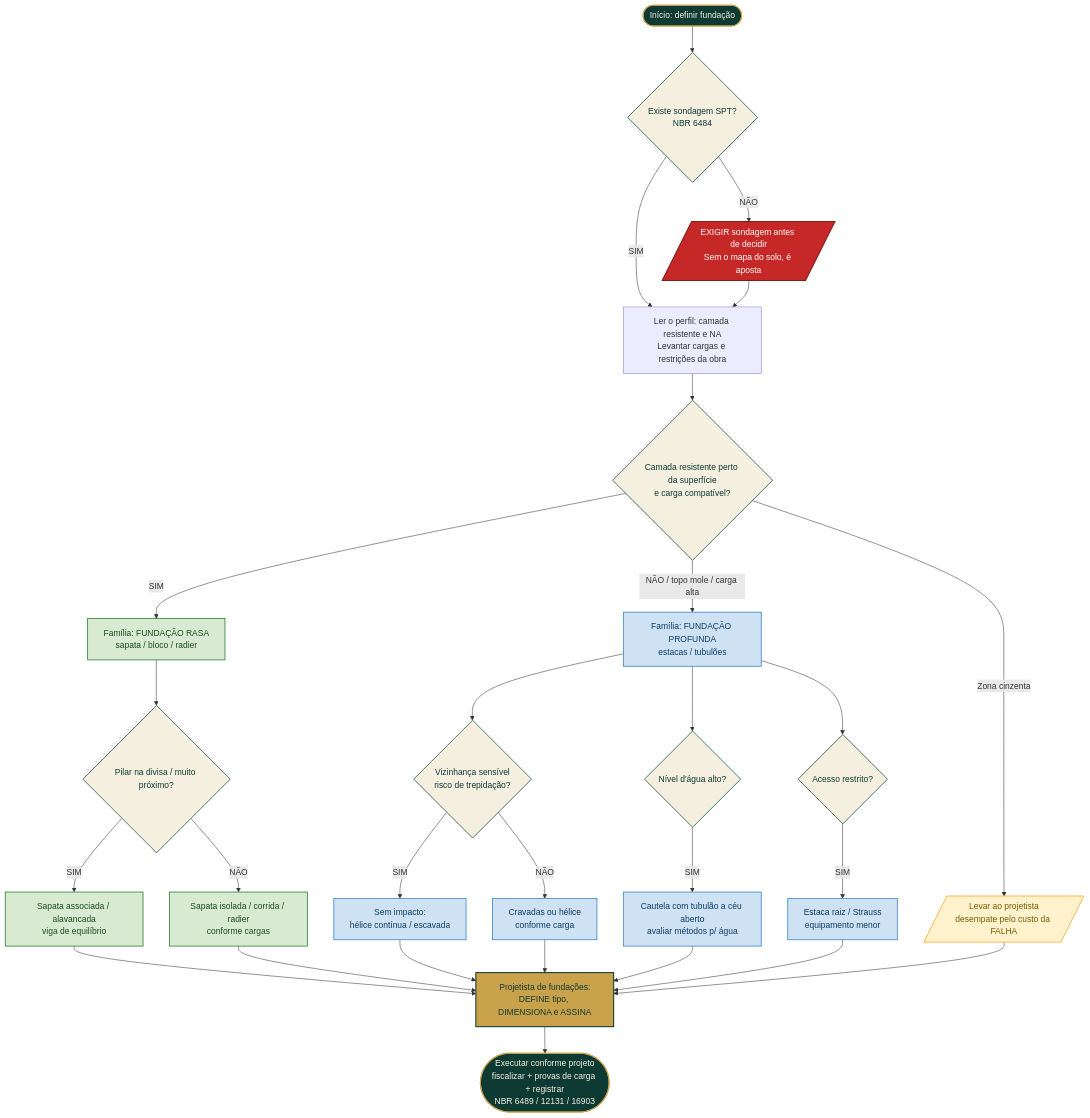
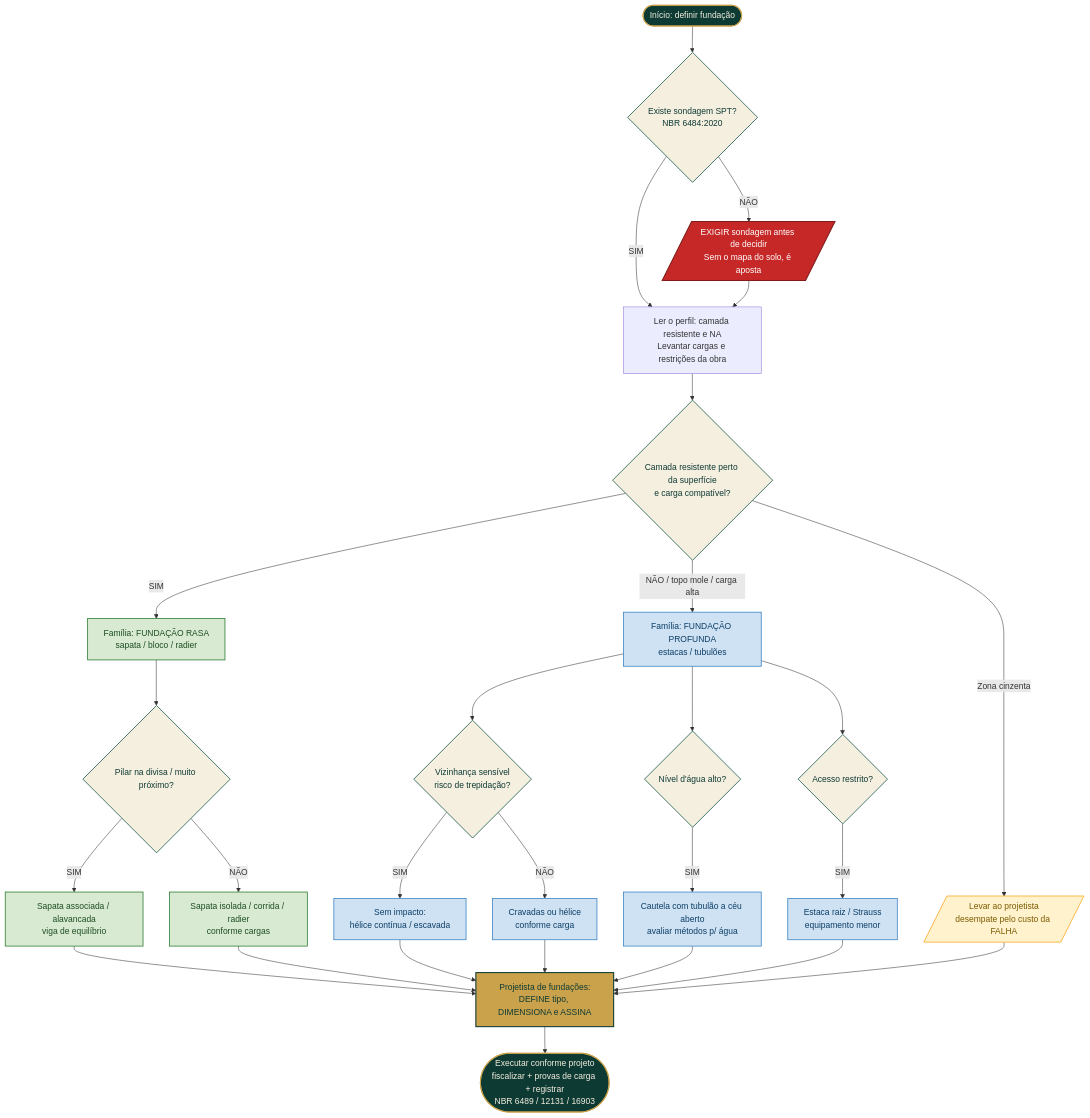
One commit to gustavodomingos10/teste changed the diagram in escola-de-obra/04-curso-fundacoes/kit/fluxograma/fluxograma-fundacoes.mmd. Above: the diagram before and after it, drawn with Mermaid. The commit also changed 86 other files, not shown here.

```diff
--- a/escola-de-obra/04-curso-fundacoes/kit/fluxograma/fluxograma-fundacoes.mmd
+++ b/escola-de-obra/04-curso-fundacoes/kit/fluxograma/fluxograma-fundacoes.mmd
@@ -1,48 +1,48 @@
 %% Fluxograma de Decisão — Escolha de Fundação (triagem)
 %% Escola de Obra · Padrão Diamante. Fonte editável (Mermaid).
-%% Triagem do júnior. A escolha e o dimensionamento FINAIS são do projetista de fundações (NBR 6122).
+%% Triagem do júnior. A escolha e o dimensionamento FINAIS são do projetista de fundações (NBR 6122:2019).
 flowchart TD
-    A([Início: definir fundação]) --> B{Existe sondagem SPT?<br/>NBR 6484}
+    A([Início: definir fundação]) --> B{Existe sondagem SPT?<br/>NBR 6484:2020}
     B -- NÃO --> B1[/EXIGIR sondagem antes de decidir<br/>Sem o mapa do solo, é aposta/]
     B -- SIM --> C[Ler o perfil: camada resistente e NA<br/>Levantar cargas e restrições da obra]
     C --> D{Camada resistente perto da superfície<br/>e carga compatível?}
     D -- SIM --> E[Família: FUNDAÇÃO RASA<br/>sapata / bloco / radier]
     D -- NÃO / topo mole / carga alta --> F[Família: FUNDAÇÃO PROFUNDA<br/>estacas / tubulões]
     D -- Zona cinzenta --> Z[/Levar ao projetista<br/>desempate pelo custo da FALHA/]
 
     E --> E1{Pilar na divisa / muito próximo?}
     E1 -- SIM --> E2[Sapata associada / alavancada<br/>viga de equilíbrio]
     E1 -- NÃO --> E3[Sapata isolada / corrida / radier<br/>conforme cargas]
 
     F --> G{Vizinhança sensível<br/>risco de trepidação?}
     G -- SIM --> G1[Sem impacto:<br/>hélice contínua / escavada]
     G -- NÃO --> G2[Cravadas ou hélice<br/>conforme carga]
     F --> H{Nível d'água alto?}
     H -- SIM --> H1[Cautela com tubulão a céu aberto<br/>avaliar métodos p/ água]
     F --> I{Acesso restrito?}
     I -- SIM --> I1[Estaca raiz / Strauss<br/>equipamento menor]
 
     E2 --> P[Projetista de fundações:<br/>DEFINE tipo, DIMENSIONA e ASSINA]
     E3 --> P
     G1 --> P
     G2 --> P
     H1 --> P
     I1 --> P
     Z --> P
     P --> Q([Executar conforme projeto<br/>fiscalizar + provas de carga + registrar<br/>NBR 6489 / 12131 / 16903])
     B1 --> C
 
     classDef exigir fill:#C62828,stroke:#7f1d1d,color:#fff,stroke-width:2px;
     classDef rasa fill:#D9EAD3,stroke:#2E7D32,color:#1b4d1f,stroke-width:1.5px;
     classDef prof fill:#CFE2F3,stroke:#3d85c6,color:#0b3d66,stroke-width:1.5px;
     classDef cinza fill:#FFF2CC,stroke:#F9A825,color:#7a5b00,stroke-width:1.5px;
     classDef base fill:#0E3A34,stroke:#C9A24B,color:#F5EFE0,stroke-width:2px;
     classDef dec fill:#F5EFE0,stroke:#1C5A4E,color:#0E3A34,stroke-width:1.5px;
     classDef proj fill:#C9A24B,stroke:#0E3A34,color:#0E3A34,stroke-width:2px;
     class A,Q base;
     class B,D,E1,G,H,I dec;
     class B1 exigir;
     class E,E2,E3 rasa;
     class F,G1,G2,H1,I1 prof;
     class Z cinza;
     class P proj;
```
